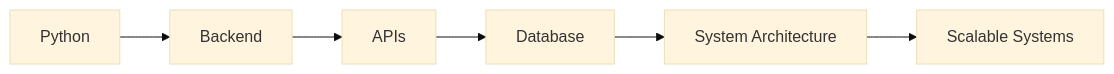
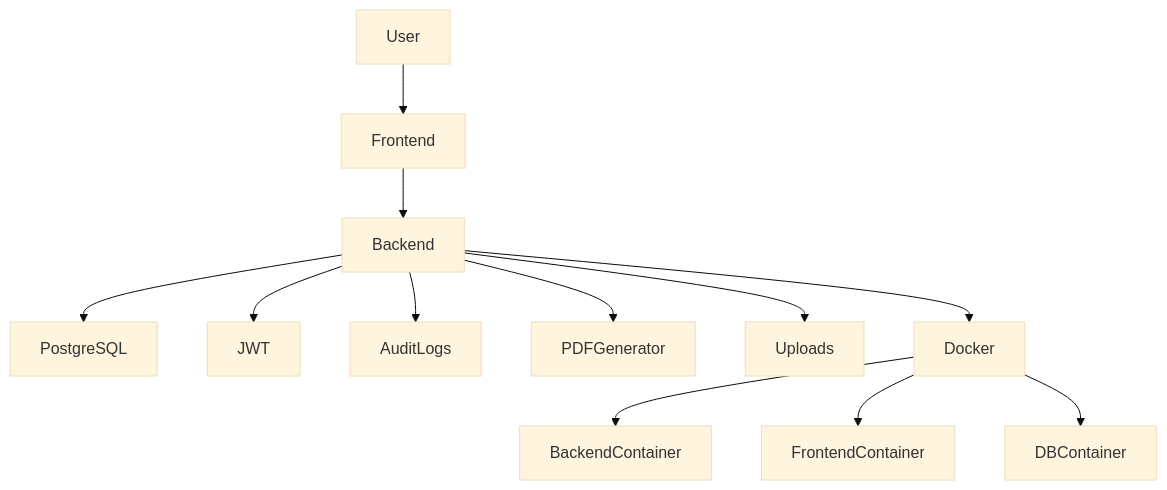
The first of 2 diagrams in README.md (Richard-Sup-Dev/Richard-Sup-Dev), drawn with Mermaid (base theme) before and after one commit. The commit also changed other lines of this file, not shown here.

````diff
--- a/README.md
+++ b/README.md
@@ -179,9 +202,22 @@
 ```mermaid
-graph LR
+graph TD
 
-A[Python] --> B[Backend]
-B --> C[APIs]
-C --> D[Database]
-D --> E[System Architecture]
-E --> F[Scalable Systems]
+User[User] --> Frontend
+Frontend[Frontend] --> Backend
+Backend[Backend] --> Database
+Backend --> Auth
+Backend --> Logs
+Backend --> PDF
+Backend --> Storage
+
+Database[PostgreSQL]
+Auth[JWT]
+Logs[AuditLogs]
+PDF[PDFGenerator]
+Storage[Uploads]
+
+Backend --> Docker
+Docker --> BackendContainer
+Docker --> FrontendContainer
+Docker --> DBContainer
 ```
````
